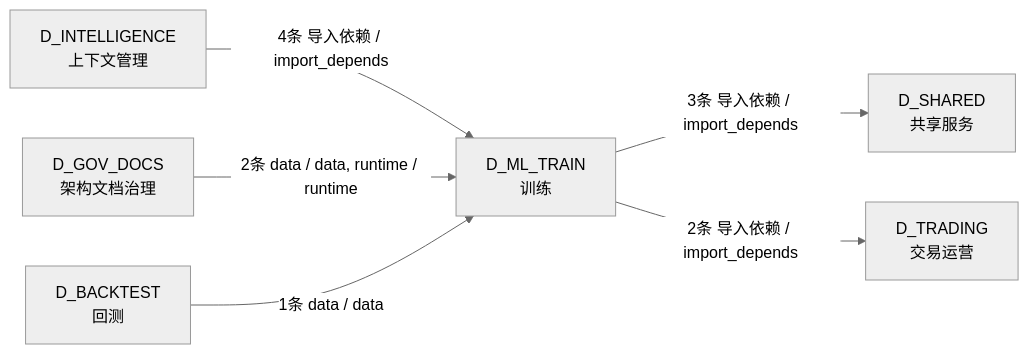
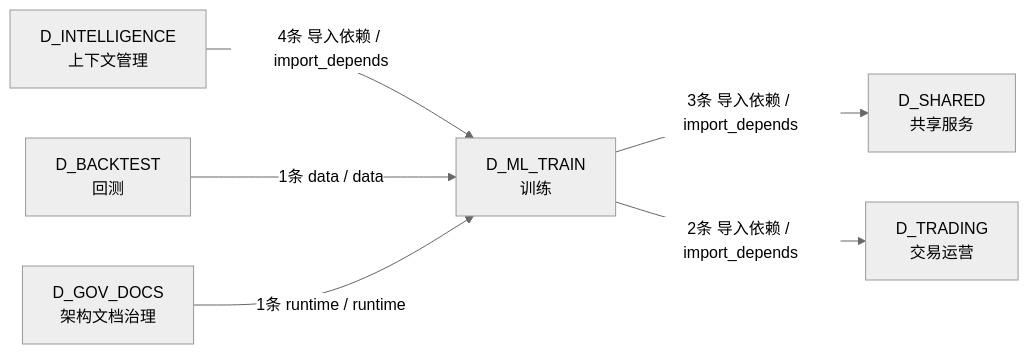
One commit to xuanFelixVan/ZephyrAlpha changed the fourth of 4 diagrams in docs/02_enterprise_architecture/02_domain_architecture_docs/50_d_ml_train.md. Above: the diagram before and after it, drawn with Mermaid (neutral theme). The commit also changed other lines of this file and 101 other files, not shown here.

````diff
--- a/docs/02_enterprise_architecture/02_domain_architecture_docs/50_d_ml_train.md
+++ b/docs/02_enterprise_architecture/02_domain_architecture_docs/50_d_ml_train.md
@@ -194,14 +191,14 @@
 ```mermaid
 graph LR
     D_ML_TRAIN["D_ML_TRAIN<br/>训练"]
     D_SHARED["D_SHARED<br/>共享服务"]
     D_TRADING["D_TRADING<br/>交易运营"]
     D_INTELLIGENCE["D_INTELLIGENCE<br/>上下文管理"]
+    D_BACKTEST["D_BACKTEST<br/>回测"]
     D_GOV_DOCS["D_GOV_DOCS<br/>架构文档治理"]
-    D_BACKTEST["D_BACKTEST<br/>回测"]
     D_ML_TRAIN -->|3条 导入依赖 / import_depends| D_SHARED
     D_ML_TRAIN -->|2条 导入依赖 / import_depends| D_TRADING
     D_INTELLIGENCE -->|4条 导入依赖 / import_depends| D_ML_TRAIN
-    D_GOV_DOCS -->|2条 data / data, runtime / runtime| D_ML_TRAIN
     D_BACKTEST -->|1条 data / data| D_ML_TRAIN
+    D_GOV_DOCS -->|1条 runtime / runtime| D_ML_TRAIN
 ```
````
